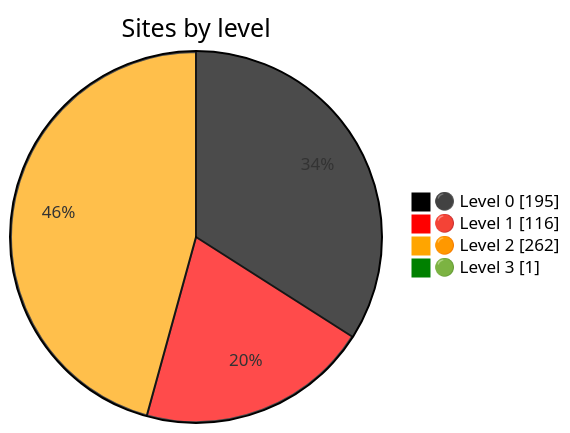
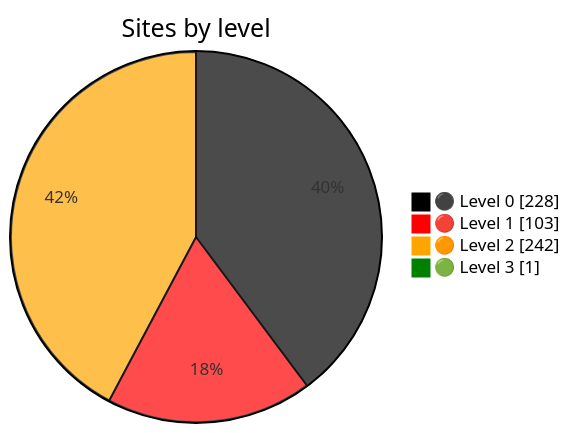
One commit to Dushmilan/gov_lk_web_auditor changed the diagram in README.md. Above: the diagram before and after it, drawn with Mermaid. The commit also changed other lines of this file and 2696 other files, not shown here.

````diff
--- a/README.md
+++ b/README.md
@@ -24,9 +24,9 @@
 ```mermaid
 %%{init: {"themeVariables":{"pie1":"black","pie2":"red","pie3":"orange","pie4":"green"}}}%%
 pie showData
     title Sites by level
-    "⚫ Level 0" : 195
-    "🔴 Level 1" : 116
-    "🟠 Level 2" : 262
+    "⚫ Level 0" : 228
+    "🔴 Level 1" : 103
+    "🟠 Level 2" : 242
     "🟢 Level 3" : 1
 ```
````
